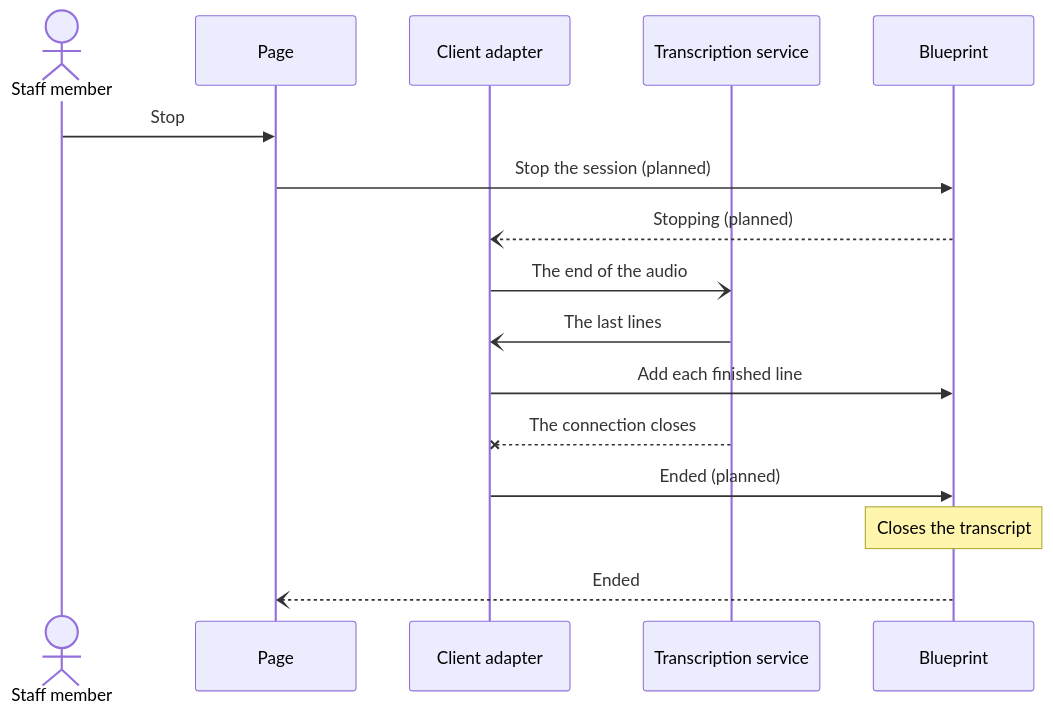
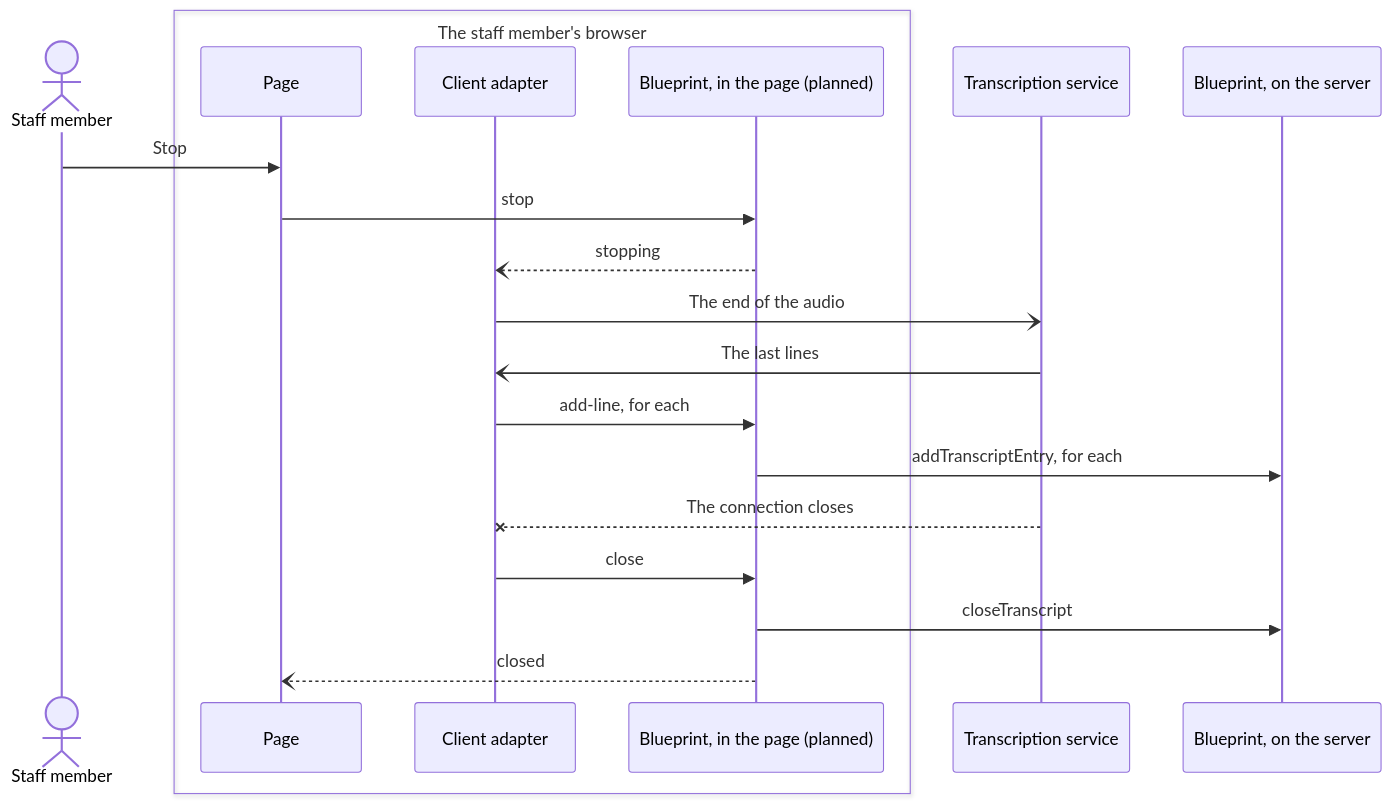
One commit to codeforamerica/safety-net-blueprint changed the sixth of 6 diagrams in docs/architecture/domains/communication.md. Above: the diagram before and after it, drawn with Mermaid. The commit also changed other lines of this file, not shown here.

First line of the commit message:
Decide the session's names, and show where each part runs

````diff
--- a/docs/architecture/domains/communication.md
+++ b/docs/architecture/domains/communication.md
@@ -202,19 +267,23 @@
 ```mermaid
 sequenceDiagram
     actor Staff as Staff member
-    participant Page
-    participant Client as Client adapter
+    box The staff member's browser
+        participant Page
+        participant Client as Client adapter
+        participant Session as Blueprint, in the page (planned)
+    end
     participant Service as Transcription service
-    participant Blueprint
+    participant Server as Blueprint, on the server
 
     Staff->>Page: Stop
-    Page->>Blueprint: Stop the session (planned)
-    Blueprint--)Client: Stopping (planned)
+    Page->>Session: stop
+    Session--)Client: stopping
     Client-)Service: The end of the audio
     Service-)Client: The last lines
-    Client->>Blueprint: Add each finished line
+    Client->>Session: add-line, for each
+    Session->>Server: addTranscriptEntry, for each
     Service--xClient: The connection closes
-    Client->>Blueprint: Ended (planned)
-    Note over Blueprint: Closes the transcript
-    Blueprint--)Page: Ended
+    Client->>Session: close
+    Session->>Server: closeTranscript
+    Session--)Page: closed
 ```
````
